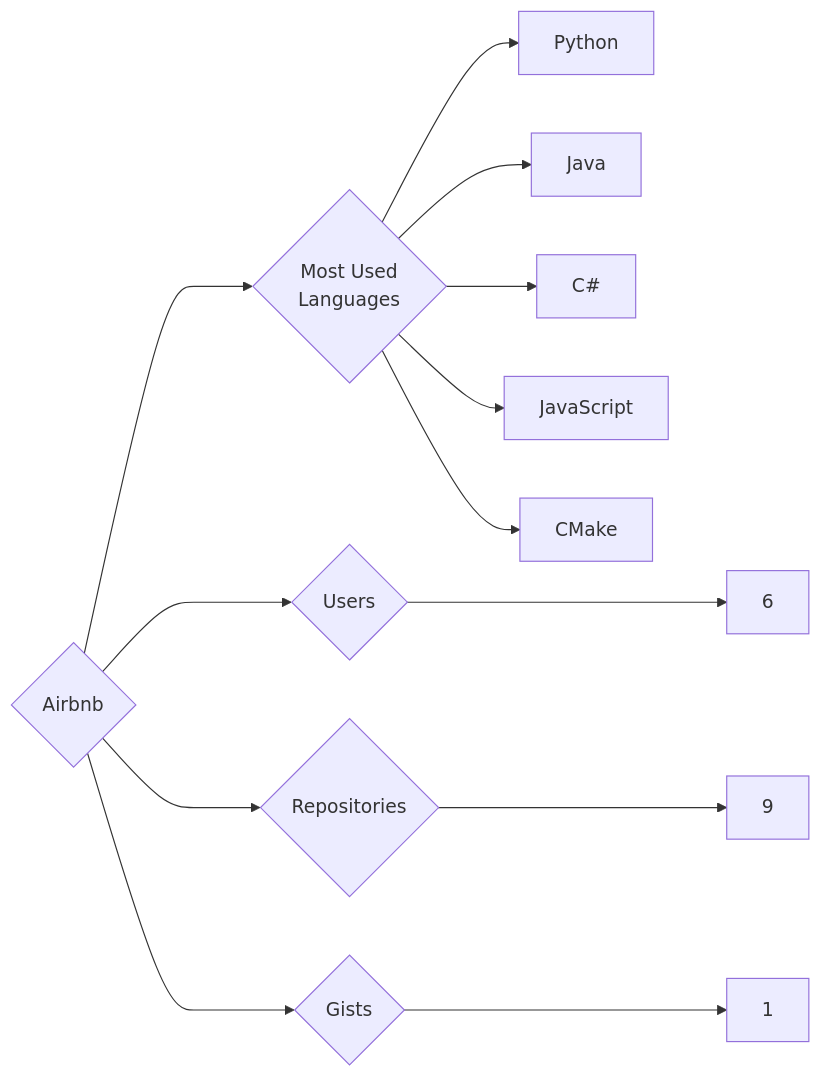
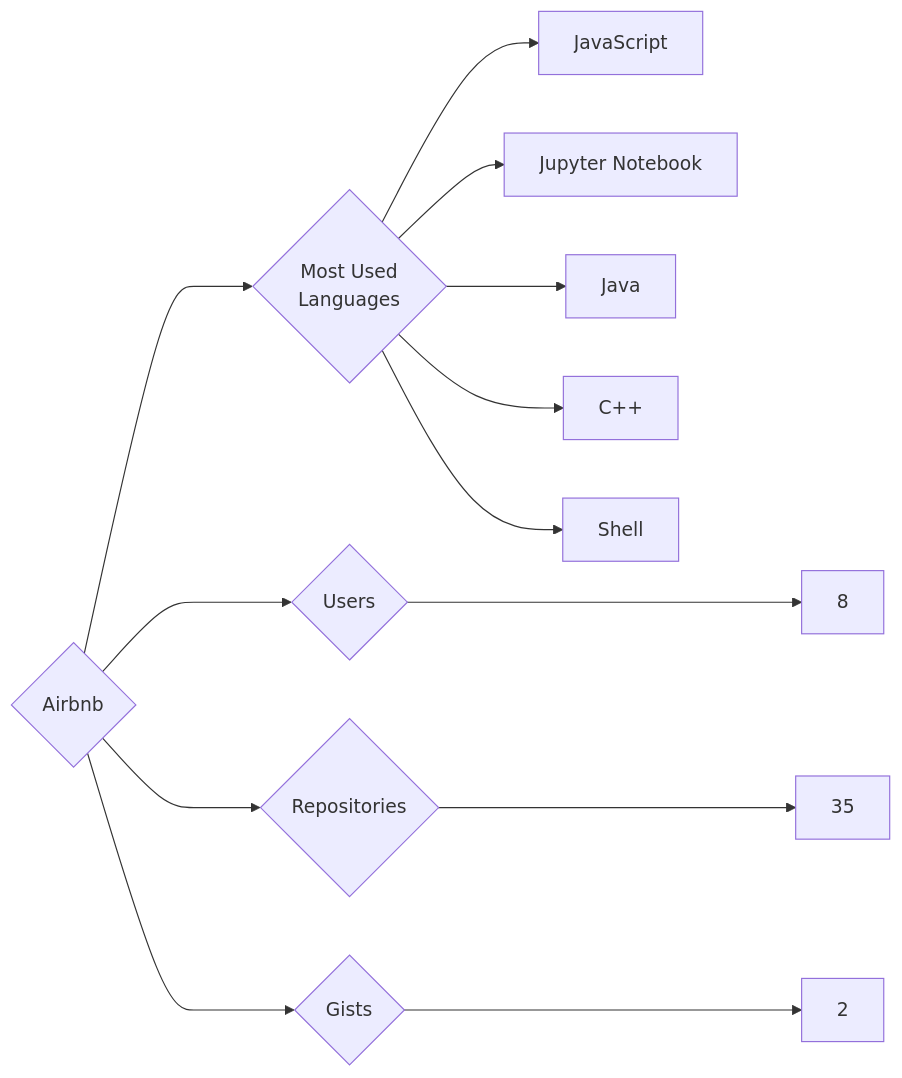
Before and after one commit to trickest/insiders: the diagram in targets/Airbnb/README.md, drawn with Mermaid. The commit also changed 1141 other files, not shown here.

````diff
--- a/targets/Airbnb/README.md
+++ b/targets/Airbnb/README.md
@@ -3,13 +3,13 @@
 ```mermaid
 graph LR
 COMPANY_NAME{Airbnb}
-COMPANY_NAME ---> U{Users} ---> UN[6]
-COMPANY_NAME ---> R{Repositories} ---> RN[9]
-COMPANY_NAME ---> G{Gists} ---> GN[1]
+COMPANY_NAME ---> U{Users} ---> UN[8]
+COMPANY_NAME ---> R{Repositories} ---> RN[35]
+COMPANY_NAME ---> G{Gists} ---> GN[2]
 COMPANY_NAME ---> ML{Most Used<br>Languages}
-ML --> Python[Python]
+ML --> JavaScript[JavaScript]
+ML --> Jupyter_Notebook[Jupyter Notebook]
 ML --> Java[Java]
-ML --> C#[C#]
-ML --> JavaScript[JavaScript]
-ML --> CMake[CMake]
+ML --> C++[C++]
+ML --> Shell[Shell]
 ```
````
